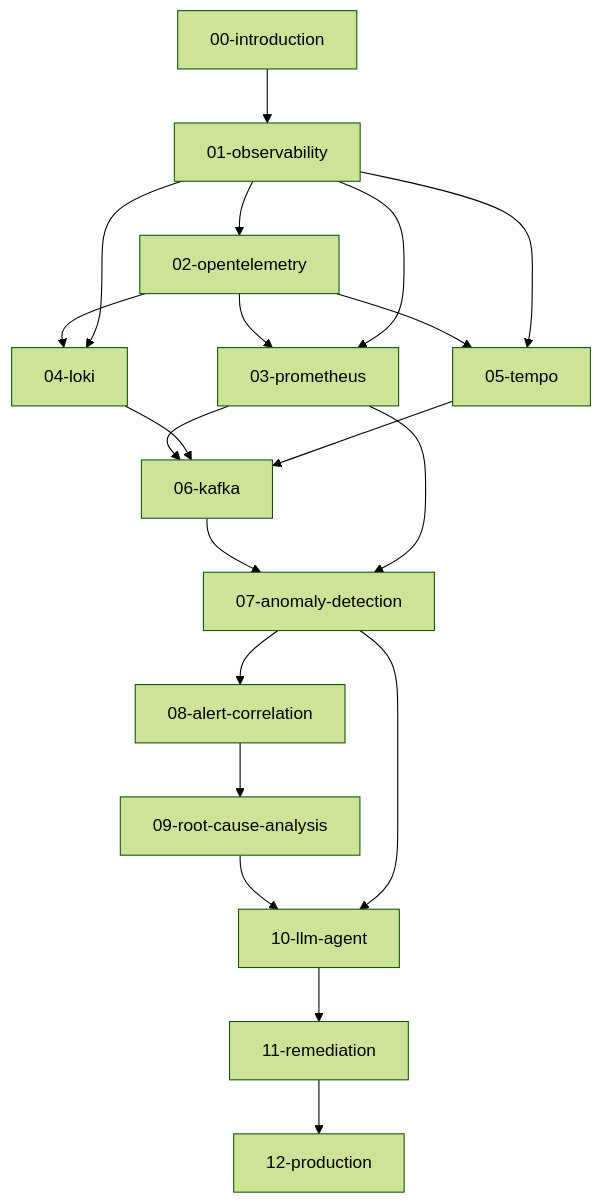
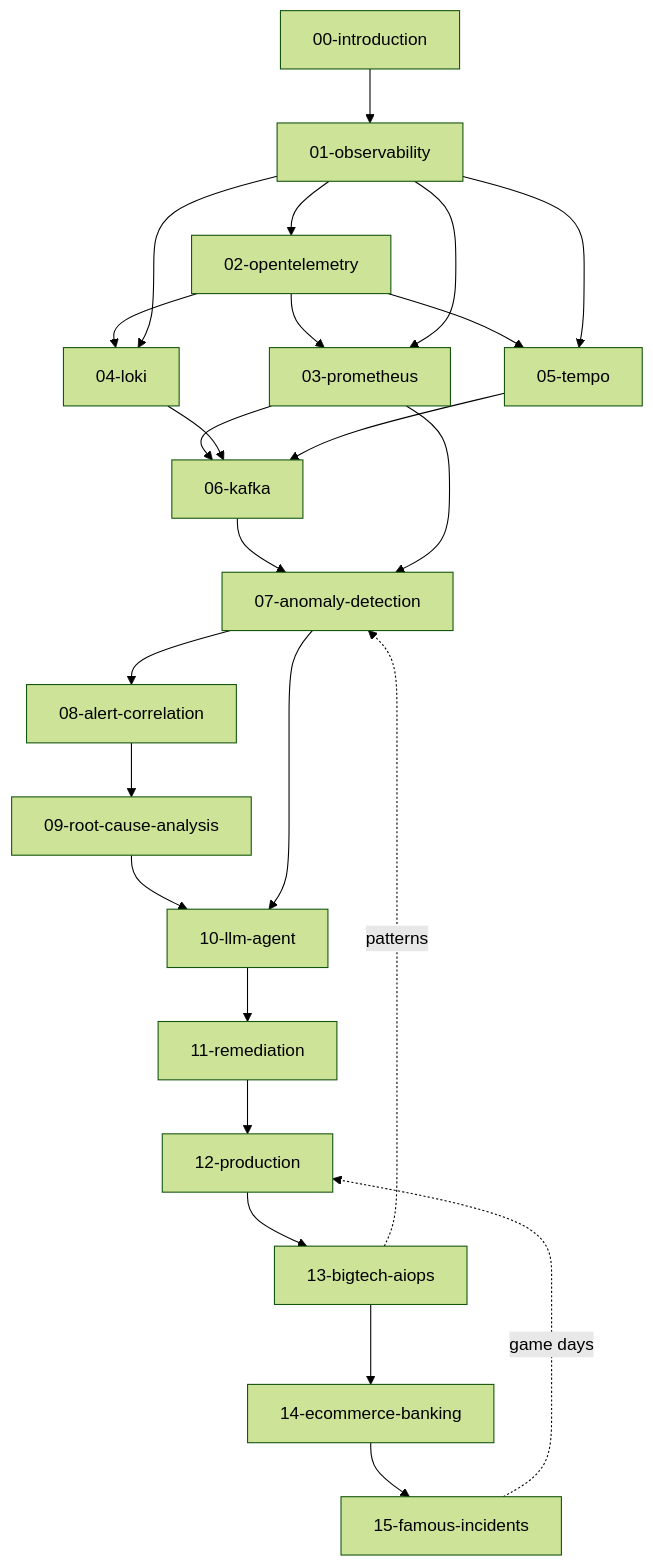
The third of 3 diagrams in README.md (XUanhoa04/aiops-engineering-handbook), drawn with Mermaid (forest theme) before and after one commit. The commit also changed other lines of this file and 32 other files, not shown here.

````diff
--- a/README.md
+++ b/README.md
@@ -158,23 +193,28 @@
 ```mermaid
 graph TD
     INTRO[00-introduction] --> OBS[01-observability]
     OBS --> OTEL[02-opentelemetry]
     OTEL --> PROM[03-prometheus]
     OTEL --> LOKI[04-loki]
     OTEL --> TEMPO[05-tempo]
     PROM --> KAFKA[06-kafka]
     LOKI --> KAFKA
     TEMPO --> KAFKA
     KAFKA --> AD[07-anomaly-detection]
     AD --> AC[08-alert-correlation]
     AC --> RCA[09-root-cause-analysis]
     RCA --> LLM[10-llm-agent]
     LLM --> REM[11-remediation]
     REM --> PROD[12-production]
+    PROD --> BIG[13-bigtech-aiops]
+    BIG --> DOM[14-ecommerce-banking]
+    DOM --> INC[15-famous-incidents]
 
     OBS --> PROM
     OBS --> LOKI
     OBS --> TEMPO
     PROM --> AD
     AD --> LLM
+    INC -.->|game days| PROD
+    BIG -.->|patterns| AD
 ```
````
